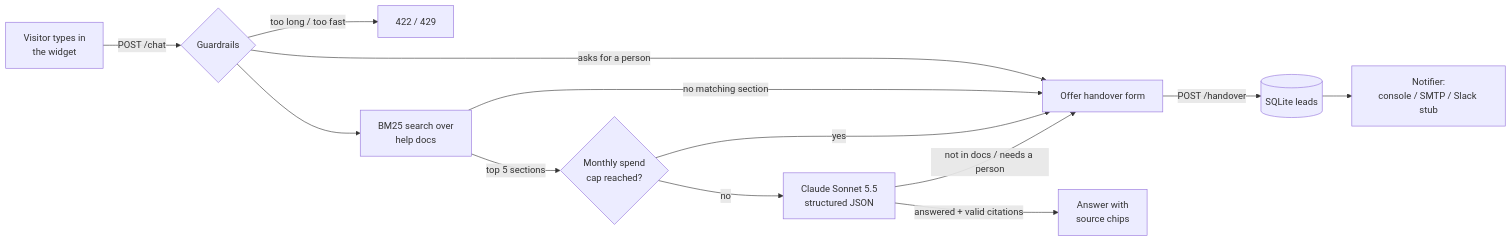
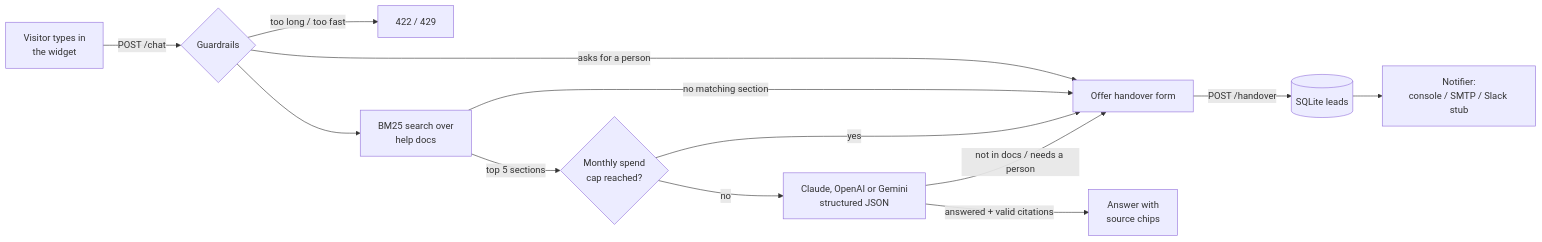
Before and after one commit to ParishSynthMind/website-support-chatbot: the diagram in README.md, drawn with Mermaid. The commit also changed other lines of this file and 15 other files, not shown here.

First line of the commit message:
Model switch: Claude, OpenAI or Gemini behind one interface; Render free-plan Blueprint, uptime check and alert

````diff
--- a/README.md
+++ b/README.md
@@ -29,15 +31,15 @@
 ```mermaid
 flowchart LR
     V[Visitor types in<br/>the widget] -->|POST /chat| G{Guardrails}
     G -->|too long / too fast| X[422 / 429]
     G -->|asks for a person| H[Offer handover form]
     G --> R[BM25 search over<br/>help docs]
     R -->|no matching section| H
     R -->|top 5 sections| S{Monthly spend<br/>cap reached?}
     S -->|yes| H
-    S -->|no| C[Claude Sonnet 5.5<br/>structured JSON]
+    S -->|no| C[Claude, OpenAI or Gemini<br/>structured JSON]
     C -->|answered + valid citations| A[Answer with<br/>source chips]
     C -->|not in docs / needs a person| H
     H -->|POST /handover| L[(SQLite leads)]
     L --> N[Notifier:<br/>console / SMTP / Slack stub]
 ```
````
